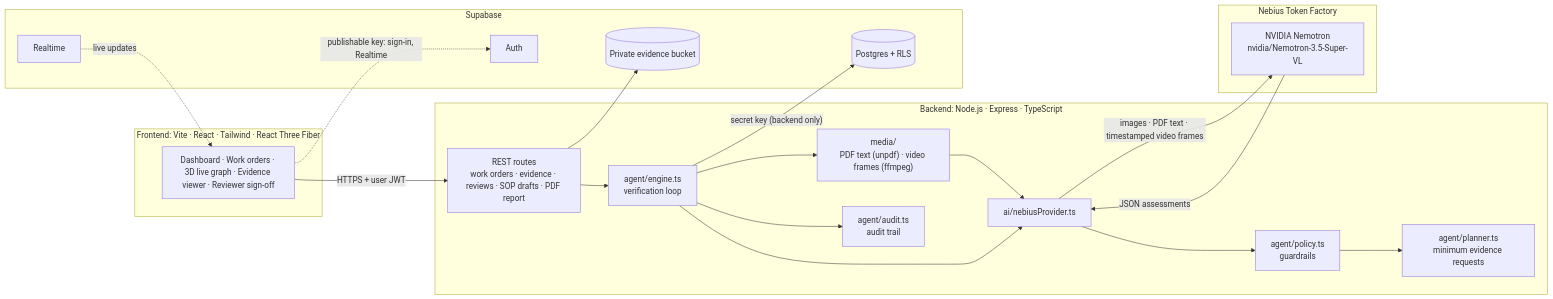
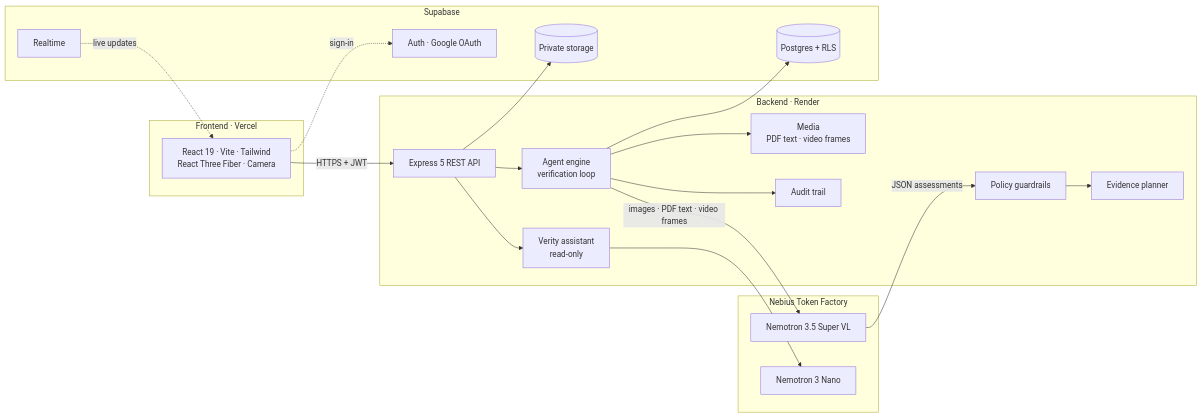
The second of 2 diagrams in README.md (mokshadpoojary9-bot/evidenceloop), drawn with Mermaid before and after one commit. The commit also changed other lines of this file, not shown here.

````diff
--- a/README.md
+++ b/README.md
@@ -37,42 +188,42 @@
 ```mermaid
 flowchart LR
-  subgraph Browser["Frontend: Vite · React · Tailwind · React Three Fiber"]
-    UI["Dashboard · Work orders · 3D live graph · Evidence viewer · Reviewer sign-off"]
+  subgraph Browser["Frontend · Vercel"]
+    UI["React 19 · Vite · Tailwind<br/>React Three Fiber · Camera"]
   end
 
-  subgraph API["Backend: Node.js · Express · TypeScript"]
-    Routes["REST routes<br/>work orders · evidence · reviews · SOP drafts · PDF report"]
-    Engine["agent/engine.ts<br/>verification loop"]
-    Media["media/<br/>PDF text (unpdf) · video frames (ffmpeg)"]
-    Provider["ai/nebiusProvider.ts"]
-    Policy["agent/policy.ts<br/>guardrails"]
-    Planner["agent/planner.ts<br/>minimum evidence requests"]
-    Audit["agent/audit.ts<br/>audit trail"]
+  subgraph API["Backend · Render"]
+    Routes["Express 5 REST API"]
+    Engine["Agent engine<br/>verification loop"]
+    Media["Media<br/>PDF text · video frames"]
+    Policy["Policy guardrails"]
+    Planner["Evidence planner"]
+    Verity["Verity assistant<br/>read-only"]
+    Audit["Audit trail"]
   end
 
   subgraph Nebius["Nebius Token Factory"]
-    Nemotron["NVIDIA Nemotron<br/>nvidia/Nemotron-3.5-Super-VL"]
+    SuperVL["Nemotron 3.5 Super VL"]
+    Nano["Nemotron 3 Nano"]
   end
 
   subgraph Supabase["Supabase"]
     DB[("Postgres + RLS")]
-    Storage[("Private evidence bucket")]
-    Auth["Auth"]
+    Storage[("Private storage")]
+    Auth["Auth · Google OAuth"]
     RT["Realtime"]
   end
 
-  UI -- "HTTPS + user JWT" --> Routes
-  UI -. "publishable key: sign-in, Realtime" .-> Auth
+  UI -- "HTTPS + JWT" --> Routes
+  UI -. "sign-in" .-> Auth
   RT -. "live updates" .-> UI
   Routes --> Engine
+  Routes --> Verity
   Engine --> Media
-  Media --> Provider
-  Engine --> Provider
-  Provider -- "images · PDF text · timestamped video frames" --> Nemotron
-  Nemotron -- "JSON assessments" --> Provider
-  Provider --> Policy
+  Engine -- "images · PDF text · video frames" --> SuperVL
+  SuperVL -- "JSON assessments" --> Policy
   Policy --> Planner
+  Verity --> Nano
   Engine --> Audit
-  Engine -- "secret key (backend only)" --> DB
+  Engine --> DB
   Routes --> Storage
 ```
````
